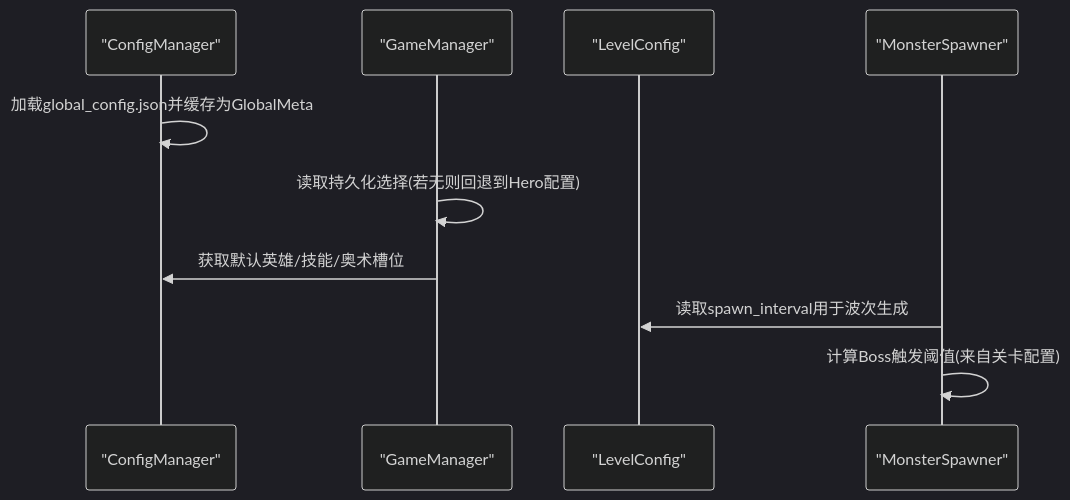
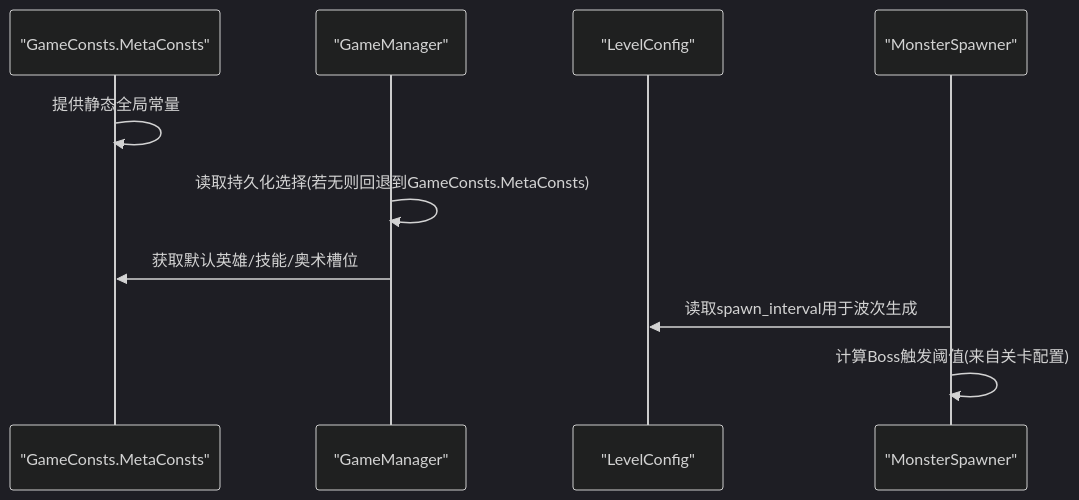
One commit to Tuusen/p1_client changed the second of 5 diagrams in .qoder/repowiki/zh/content/配置管理系统/配置文件类型/全局配置文件.md. Above: the diagram before and after it, drawn with Mermaid (dark theme). The commit also changed other lines of this file and 14 other files, not shown here.

````diff
--- a/.qoder/repowiki/zh/content/配置管理系统/配置文件类型/全局配置文件.md
+++ b/.qoder/repowiki/zh/content/配置管理系统/配置文件类型/全局配置文件.md
@@ -95,12 +95,12 @@
 ```mermaid
 sequenceDiagram
-participant CM as "ConfigManager"
+participant GC as "GameConsts.MetaConsts"
 participant GM as "GameManager"
 participant LC as "LevelConfig"
 participant MS as "MonsterSpawner"
-CM->>CM : 加载global_config.json并缓存为GlobalMeta
-GM->>GM : 读取持久化选择(若无则回退到Hero配置)
-GM->>CM : 获取默认英雄/技能/奥术槽位
+GC->>GC : 提供静态全局常量
+GM->>GM : 读取持久化选择(若无则回退到GameConsts.MetaConsts)
+GM->>GC : 获取默认英雄/技能/奥术槽位
 MS->>LC : 读取spawn_interval用于波次生成
 MS->>MS : 计算Boss触发阈值(来自关卡配置)
 ```
````
